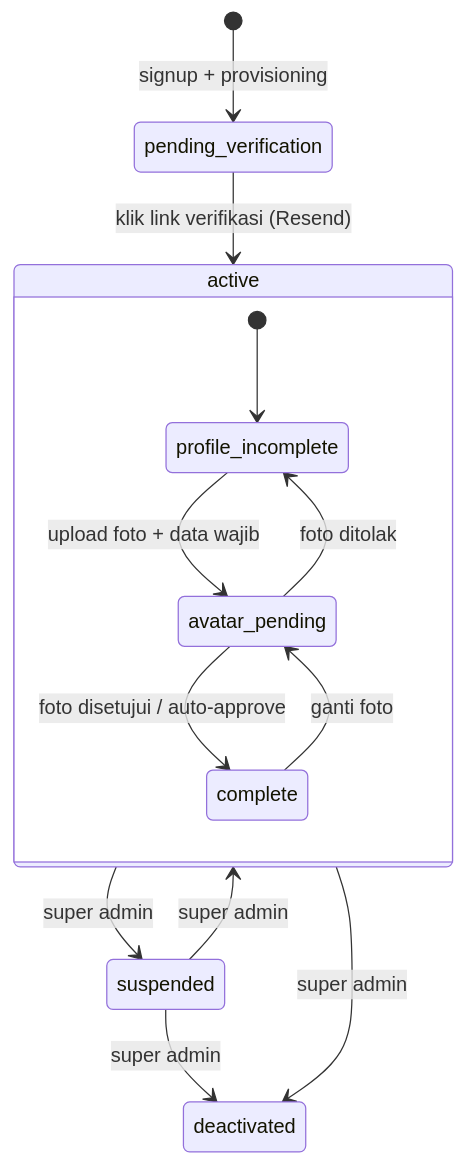
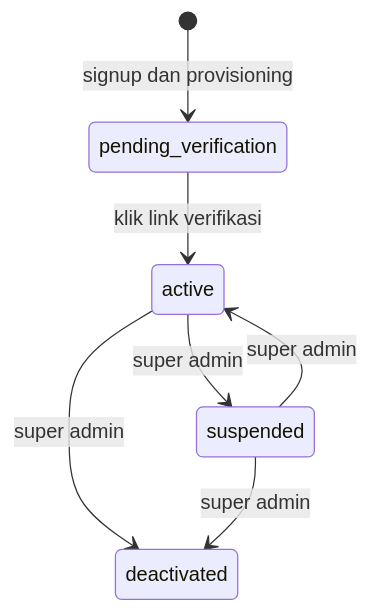
One commit to ardidwi/ussrunning-web changed the second of 6 diagrams in docs/ARCHITECTURE-TARGET.md. Above: the diagram before and after it, drawn with Mermaid. The commit also changed other lines of this file, not shown here.

Commit message:
docs: split account lifecycle diagram so GitHub renders it
GitHub's Mermaid renderer rejected the composite state diagram in
ARCHITECTURE-TARGET.md section 6.1. Split it into two flat state
diagrams (account status, profile completeness) with the same meaning.

Claude-Session: https://claude.ai/code/session_01M5mfKGKPWcB4AnBw5NETBb

````diff
--- a/docs/ARCHITECTURE-TARGET.md
+++ b/docs/ARCHITECTURE-TARGET.md
@@ -198,17 +200,9 @@
 ```mermaid
 stateDiagram-v2
-  [*] --> pending_verification: signup + provisioning
-  pending_verification --> active: klik link verifikasi (Resend)
+  [*] --> pending_verification: signup dan provisioning
+  pending_verification --> active: klik link verifikasi
   active --> suspended: super admin
   suspended --> active: super admin
   active --> deactivated: super admin
   suspended --> deactivated: super admin
-
-  state active {
-    [*] --> profile_incomplete
-    profile_incomplete --> avatar_pending: upload foto + data wajib
-    avatar_pending --> complete: foto disetujui / auto-approve
-    avatar_pending --> profile_incomplete: foto ditolak
-    complete --> avatar_pending: ganti foto
-  }
 ```
````
